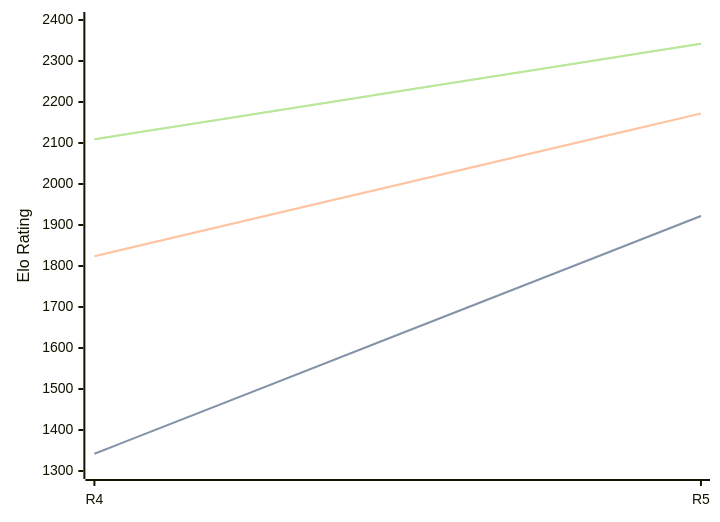
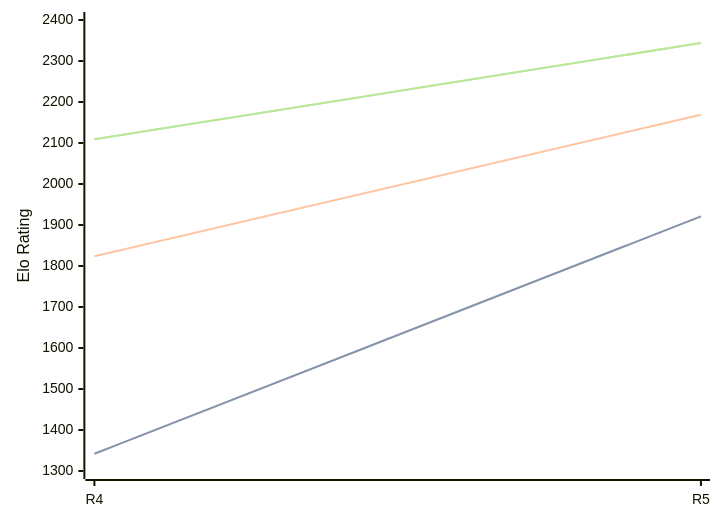
Before and after one commit to computer-chess-index/cci: the third of 3 diagrams in engines/Viking.md, drawn with Mermaid. The commit also changed other lines of this file, not shown here.

Commit message:
Update CCI Ratings (ELO VLTC) - 2026-06-17

````diff
--- a/engines/Viking.md
+++ b/engines/Viking.md
@@ -68,11 +68,11 @@
 ```mermaid
 %%{init: {"theme":"base","themeVariables":{"seriesColors:['#a3a3a3','#222221','#faa371']}}}%%
 xychart-beta
   x-axis ["R4", "R5"]
   y-axis "Elo Rating" 1300 --> 2400
-  line "STC (8.0+0.08s)" [1342, 1922]
-  line "STC (8.0+0.08s)" [1342, 1922]
-  line "LTC (60.0+0.60s)" [1824, 2172]
-  line "VLTC (2m24s+1.12s)" [2109, 2342]
-  line "VLTC (2m24s+1.12s)" [2109, 2342]
+  line "STC (8.0+0.08s)" [1342, 1921]
+  line "STC (8.0+0.08s)" [1342, 1921]
+  line "LTC (60.0+0.60s)" [1824, 2169]
+  line "VLTC (2m24s+1.12s)" [2109, 2344]
+  line "VLTC (2m24s+1.12s)" [2109, 2344]
 ```
````
